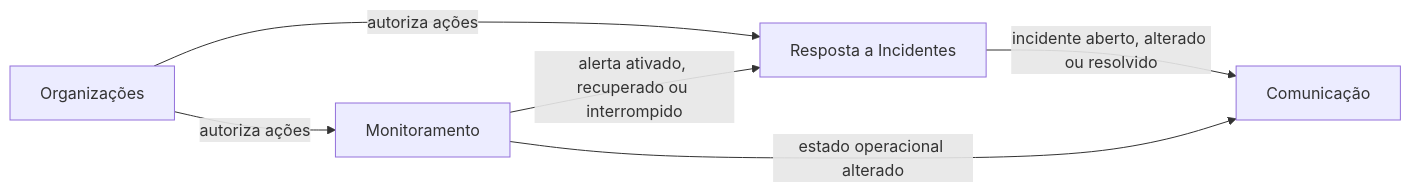
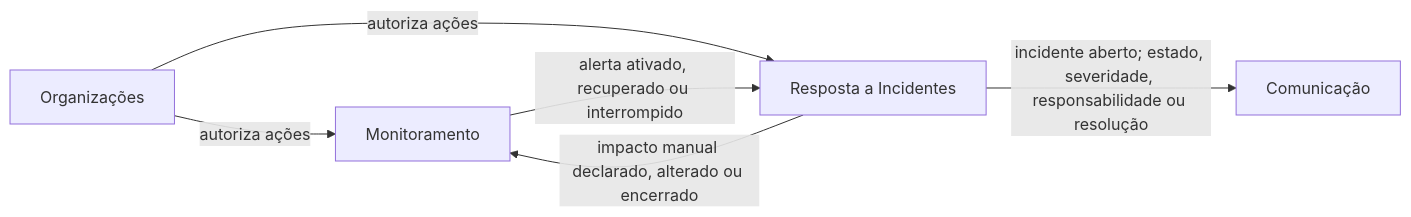
Before and after one commit to felipp2t/incident-lab: the second of 5 diagrams in docs/architecture/system-design.md, drawn with Mermaid. The commit also changed other lines of this file and 16 other files, not shown here.

First line of the commit message:
docs(architecture): finalize application contracts

````diff
--- a/docs/architecture/system-design.md
+++ b/docs/architecture/system-design.md
@@ -57,13 +57,13 @@
 ```mermaid
 flowchart LR
     Org[Organizações]
     Monitoring[Monitoramento]
     Response[Resposta a Incidentes]
     Communication[Comunicação]
 
     Org -->|autoriza ações| Monitoring
     Org -->|autoriza ações| Response
     Monitoring -->|alerta ativado, recuperado ou interrompido| Response
-    Response -->|incidente aberto, alterado ou resolvido| Communication
-    Monitoring -->|estado operacional alterado| Communication
+    Response -->|impacto manual declarado, alterado ou encerrado| Monitoring
+    Response -->|incidente aberto; estado, severidade, responsabilidade ou resolução| Communication
 ```
````
